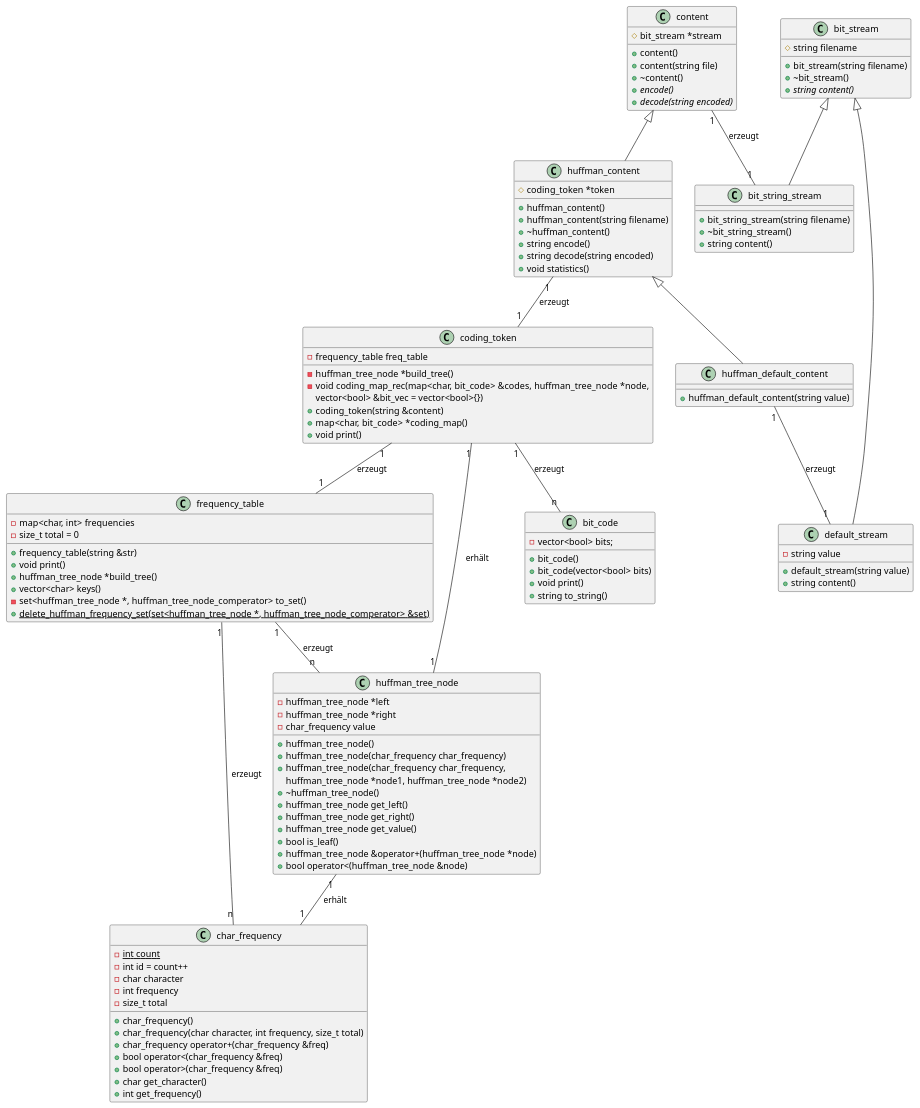
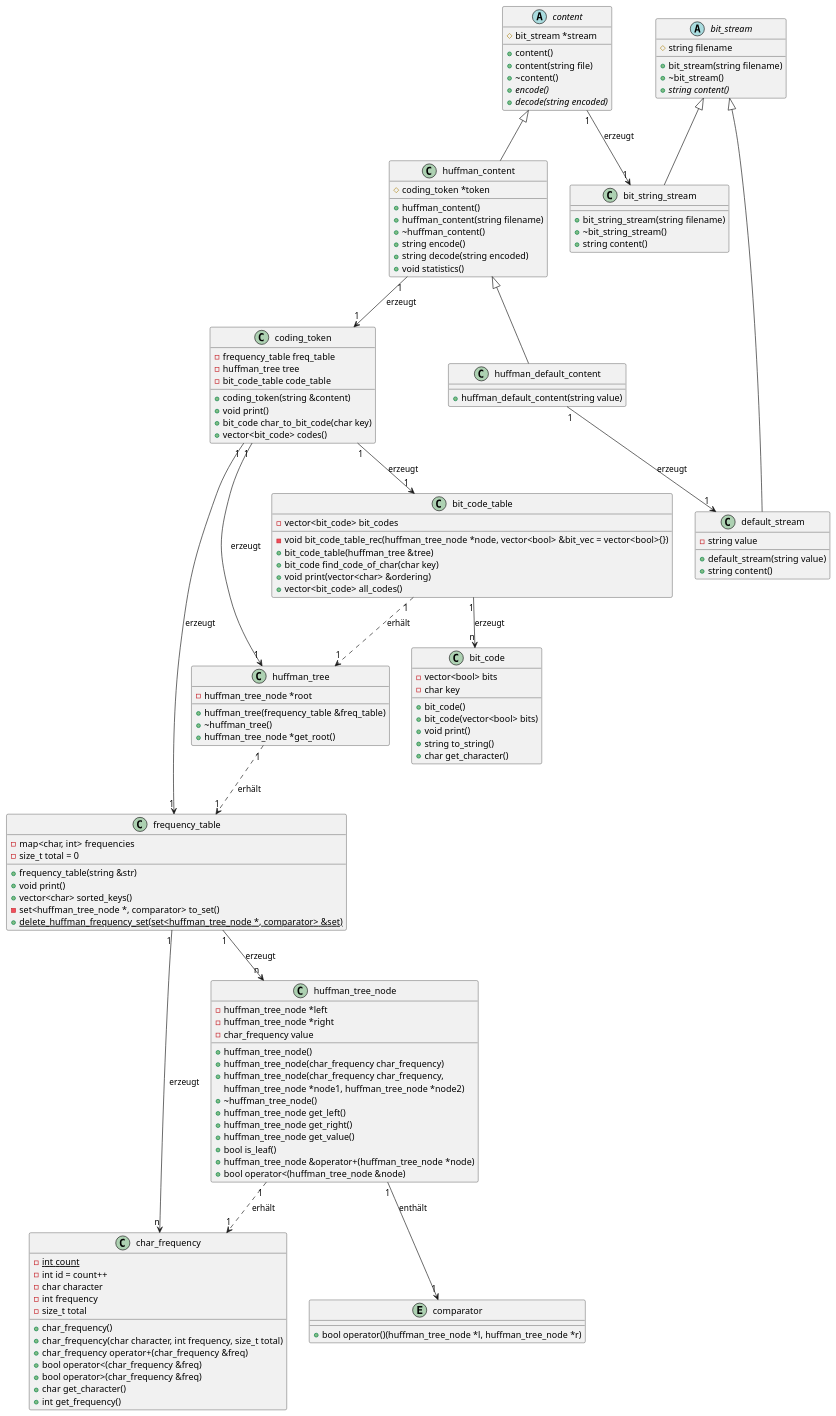
The first of 4 diagrams in ueb07/doc/doc.adoc (flohero/swo-exercise), drawn with PlantUML before and after one commit. The commit also changed other lines of this file and 13 other files, not shown here.

```diff
--- a/ueb07/doc/doc.adoc
+++ b/ueb07/doc/doc.adoc
@@ -17,6 +17,6 @@
 [plantuml, diagram-classes, png]
 ....
-class bit_stream{
+abstract class bit_stream{
     # string filename
     + bit_stream(string filename)
     + \~bit_stream()
@@ -33,7 +33,7 @@
     + string content()
 }
 
-class content {
+abstract class content {
     # bit_stream *stream
     + content()
     + content(string file)
@@ -55,11 +55,22 @@
 }
 
 class bit_code {
-    - vector<bool> bits;
+    - vector<bool> bits
+    - char key
     + bit_code()
     + bit_code(vector<bool> bits)
     + void print()
     + string to_string()
+    + char get_character()
+}
+
+class bit_code_table {
+    - vector<bit_code> bit_codes
+    - void bit_code_table_rec(huffman_tree_node *node, vector<bool> &bit_vec = vector<bool>{})
+    + bit_code_table(huffman_tree &tree)
+    + bit_code find_code_of_char(char key)
+    + void print(vector<char> &ordering)
+    + vector<bit_code> all_codes()
 }
 
 class char_frequency {
@@ -79,12 +90,12 @@
 
 class coding_token {
     - frequency_table freq_table
-    - huffman_tree_node *build_tree()
-    - void coding_map_rec(map<char, bit_code> &codes,  huffman_tree_node *node,
-                            vector<bool> &bit_vec = vector<bool>{})
+    - huffman_tree tree
+    - bit_code_table code_table
     + coding_token(string &content)
-    + map<char, bit_code> *coding_map()
     + void print()
+    + bit_code char_to_bit_code(char key)
+    + vector<bit_code> codes()
 }
 
 class frequency_table {
@@ -92,10 +103,16 @@
     - size_t total = 0
     + frequency_table(string &str)
     + void print()
-    + huffman_tree_node *build_tree()
-    + vector<char> keys()
-    - set<huffman_tree_node *, huffman_tree_node_comperator> to_set()
-    + {static} delete_huffman_frequency_set(set<huffman_tree_node *, huffman_tree_node_comperator> &set)
+    + vector<char> sorted_keys()
+    - set<huffman_tree_node *, comparator> to_set()
+    + {static} delete_huffman_frequency_set(set<huffman_tree_node *, comparator> &set)
+}
+
+class huffman_tree {
+    - huffman_tree_node *root
+    + huffman_tree(frequency_table &freq_table)
+    + \~huffman_tree()
+    + huffman_tree_node *get_root()
 }
 
 class huffman_tree_node {
@@ -113,7 +130,10 @@
     + bool is_leaf()
     + huffman_tree_node &operator+(huffman_tree_node *node)
     + bool operator<(huffman_tree_node &node)
+}
 
+entity comparator {
+    + bool operator()(huffman_tree_node *l, huffman_tree_node *r)
 }
 
 bit_stream <|-- bit_string_stream
@@ -122,16 +142,24 @@
 content <|-- huffman_content
 huffman_content <|-- huffman_default_content
 
-content "1" -- "1" bit_string_stream: erzeugt
-huffman_default_content "1" -- "1" default_stream: erzeugt
+content "1" --> "1" bit_string_stream: erzeugt
+huffman_default_content "1" --> "1" default_stream: erzeugt
 
-huffman_content "1" -- "1" coding_token: erzeugt
+huffman_content "1" --> "1" coding_token: erzeugt
 
-coding_token "1" -- "n" bit_code: erzeugt
-coding_token "1" -- "1" frequency_table: erzeugt
-coding_token "1" -- "1" huffman_tree_node: erhält
+bit_code_table "1" --> "n" bit_code: erzeugt
+bit_code_table "1" ..> "1" huffman_tree: erhält
 
-frequency_table "1" -- "n" huffman_tree_node: erzeugt
-frequency_table "1" -- "n" char_frequency: erzeugt
-huffman_tree_node "1" -- "1" char_frequency: erhält
+coding_token "1" --> "1" bit_code_table: erzeugt
+coding_token "1" --> "1" frequency_table: erzeugt
+coding_token "1" --> "1" huffman_tree: erzeugt
+
+frequency_table "1" --> "n" huffman_tree_node: erzeugt
+frequency_table "1" --> "n" char_frequency: erzeugt
+
+huffman_tree "1" ..> "1" frequency_table: erhält
+
+huffman_tree_node "1" ..> "1" char_frequency: erhält
+
+huffman_tree_node "1" --> "1" comparator: enthält
 ....
```
